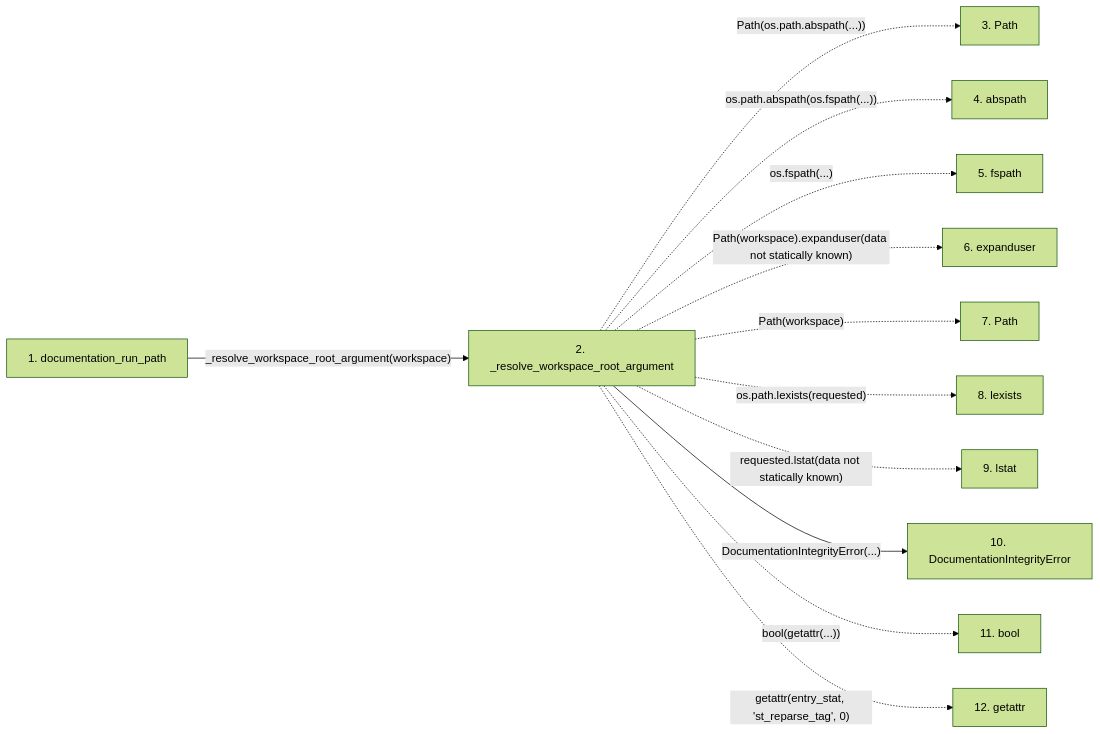
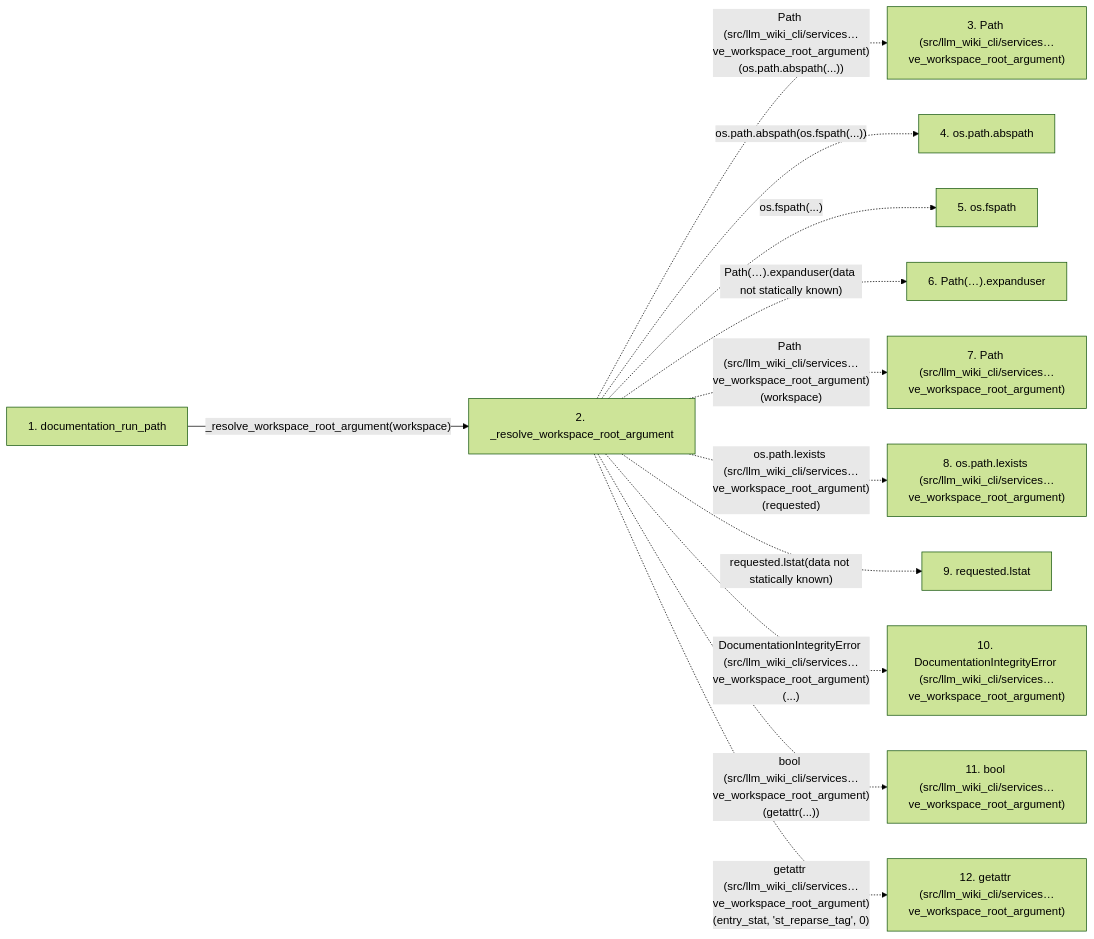
The second of 2 diagrams in docs/llm_wiki/flows/api-documentation_run_path.md (Denissvgn/python-wiki-llm), drawn with Mermaid (forest theme) before and after one commit. The commit also changed other lines of this file and 719 other files, not shown here.

````diff
--- a/docs/llm_wiki/flows/api-documentation_run_path.md
+++ b/docs/llm_wiki/flows/api-documentation_run_path.md
@@ -65,29 +71,28 @@
 ```mermaid
 flowchart LR
     s1["1. documentation_run_path"]
     s2["2. _resolve_workspace_root_argument"]
-    s3["3. Path"]
-    s4["4. abspath"]
-    s5["5. fspath"]
-    s6["6. expanduser"]
-    s7["7. Path"]
-    s8["8. lexists"]
-    s9["9. lstat"]
-    s10["10. DocumentationIntegrityError"]
-    s11["11. bool"]
-    s12["12. getattr"]
+    s3["3. Path (src/llm_wiki_cli/services…ve_workspace_root_argument)"]
+    s4["4. os.path.abspath"]
+    s5["5. os.fspath"]
+    s6["6. Path(…).expanduser"]
+    s7["7. Path (src/llm_wiki_cli/services…ve_workspace_root_argument)"]
+    s8["8. os.path.lexists (src/llm_wiki_cli/services…ve_workspace_root_argument)"]
+    s9["9. requested.lstat"]
+    s10["10. DocumentationIntegrityError (src/llm_wiki_cli/services…ve_workspace_root_argument)"]
+    s11["11. bool (src/llm_wiki_cli/services…ve_workspace_root_argument)"]
+    s12["12. getattr (src/llm_wiki_cli/services…ve_workspace_root_argument)"]
     s1 -->|"_resolve_workspace_root_argument(workspace)"| s2
-    s2 -. "Path(os.path.abspath(...))" .-> s3
+    s2 -. "Path (src/llm_wiki_cli/services…ve_workspace_root_argument)(os.path.abspath(...))" .-> s3
     s2 -. "os.path.abspath(os.fspath(...))" .-> s4
     s2 -. "os.fspath(...)" .-> s5
-    s2 -. "Path(workspace).expanduser(data not statically known)" .-> s6
-    s2 -. "Path(workspace)" .-> s7
-    s2 -. "os.path.lexists(requested)" .-> s8
+    s2 -. "Path(…).expanduser(data not statically known)" .-> s6
+    s2 -. "Path (src/llm_wiki_cli/services…ve_workspace_root_argument)(workspace)" .-> s7
+    s2 -. "os.path.lexists (src/llm_wiki_cli/services…ve_workspace_root_argument)(requested)" .-> s8
     s2 -. "requested.lstat(data not statically known)" .-> s9
-    s2 -->|"DocumentationIntegrityError(...)"| s10
-    s2 -. "bool(getattr(...))" .-> s11
-    s2 -. "getattr(entry_stat, 'st_reparse_tag', 0)" .-> s12
+    s2 -. "DocumentationIntegrityError (src/llm_wiki_cli/services…ve_workspace_root_argument)(...)" .-> s10
+    s2 -. "bool (src/llm_wiki_cli/services…ve_workspace_root_argument)(getattr(...))" .-> s11
+    s2 -. "getattr (src/llm_wiki_cli/services…ve_workspace_root_argument)(entry_stat, 'st_reparse_tag', 0)" .-> s12
     click s1 "../modules/workspace.md"
     click s2 "../modules/workspace.md"
-    click s10 "../modules/documentation_run_contracts.md"
 ```
````
